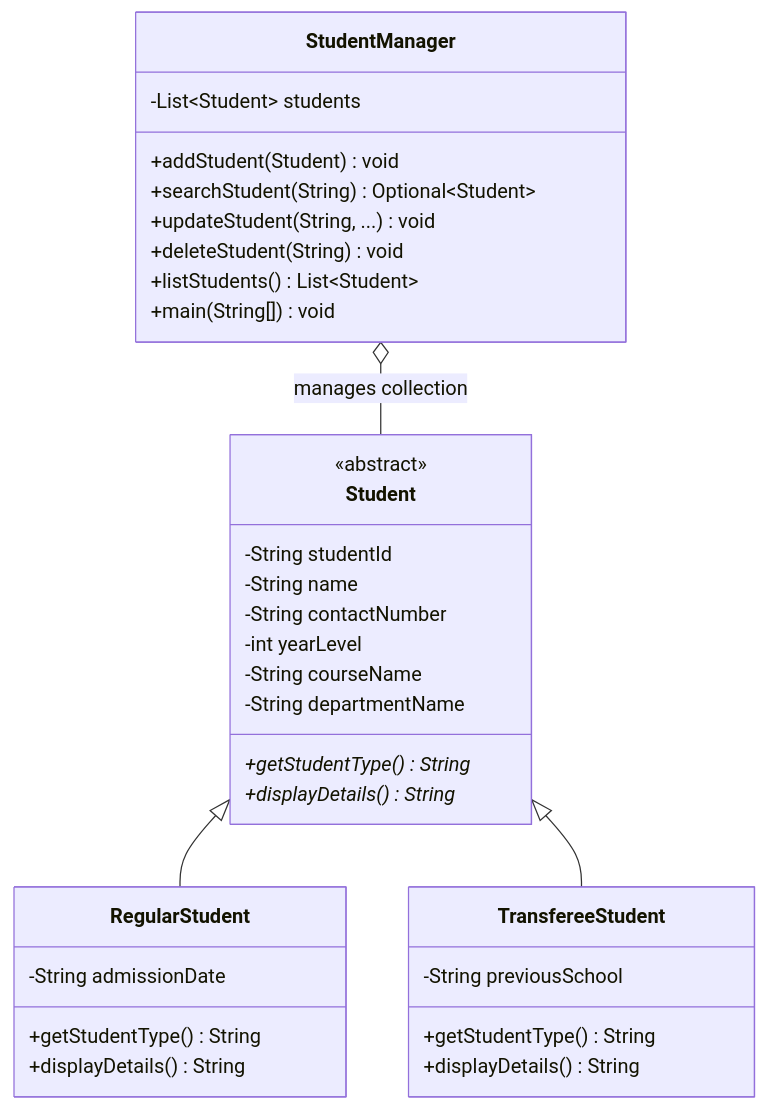
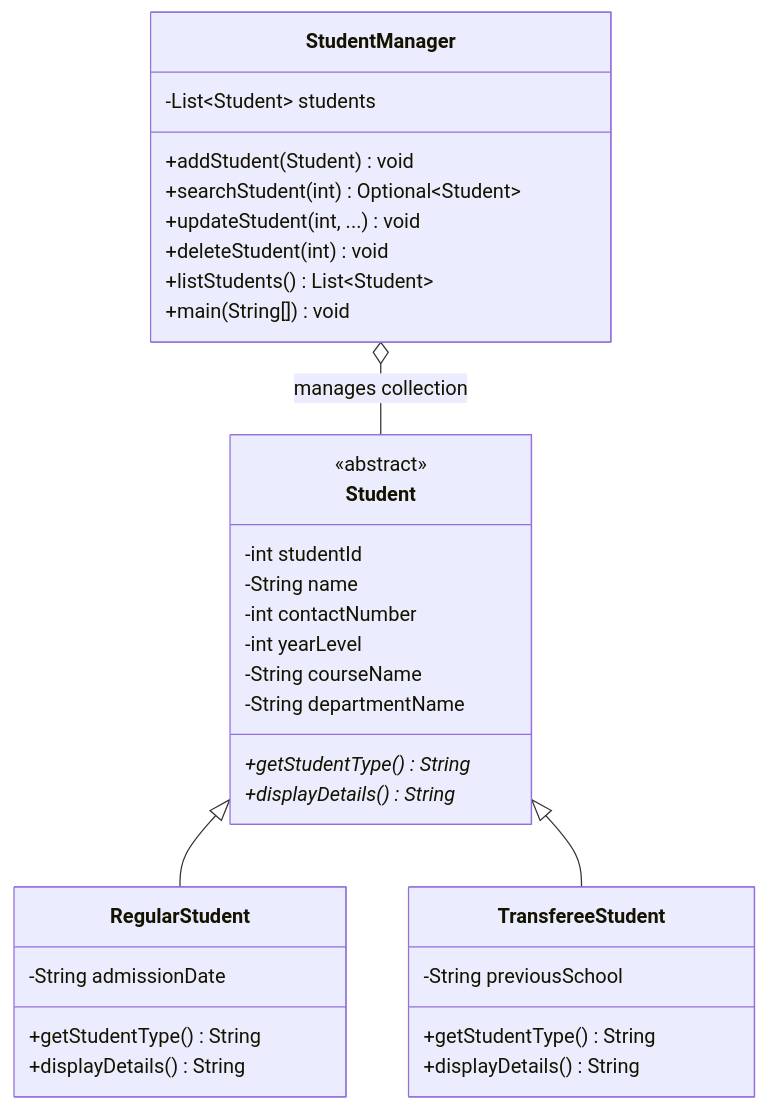
The first of 4 diagrams in UML_DESIGN.md (ja3h1/Student-System-Information), drawn with Mermaid before and after one commit. The commit also changed other lines of this file and 7 other files, not shown here.

Commit message:
Use integer student ID and contact number

````diff
--- a/UML_DESIGN.md
+++ b/UML_DESIGN.md
@@ -7,36 +7,36 @@
 ```mermaid
 classDiagram
     class Student {
       <<abstract>>
-      -String studentId
+      -int studentId
       -String name
-      -String contactNumber
+      -int contactNumber
       -int yearLevel
       -String courseName
       -String departmentName
       +getStudentType()* String
       +displayDetails()* String
     }
     class RegularStudent {
       -String admissionDate
       +getStudentType() String
       +displayDetails() String
     }
     class TransfereeStudent {
       -String previousSchool
       +getStudentType() String
       +displayDetails() String
     }
     class StudentManager {
       -List~Student~ students
       +addStudent(Student) void
-      +searchStudent(String) Optional~Student~
-      +updateStudent(String, ...) void
-      +deleteStudent(String) void
+      +searchStudent(int) Optional~Student~
+      +updateStudent(int, ...) void
+      +deleteStudent(int) void
       +listStudents() List~Student~
       +main(String[]) void
     }
     Student <|-- RegularStudent
     Student <|-- TransfereeStudent
     StudentManager o-- Student : manages collection
 ```
````
